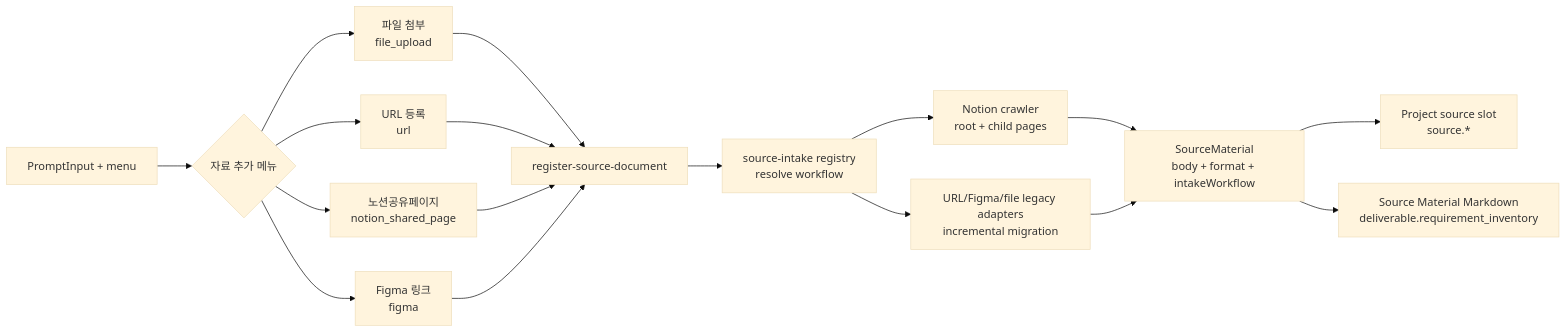
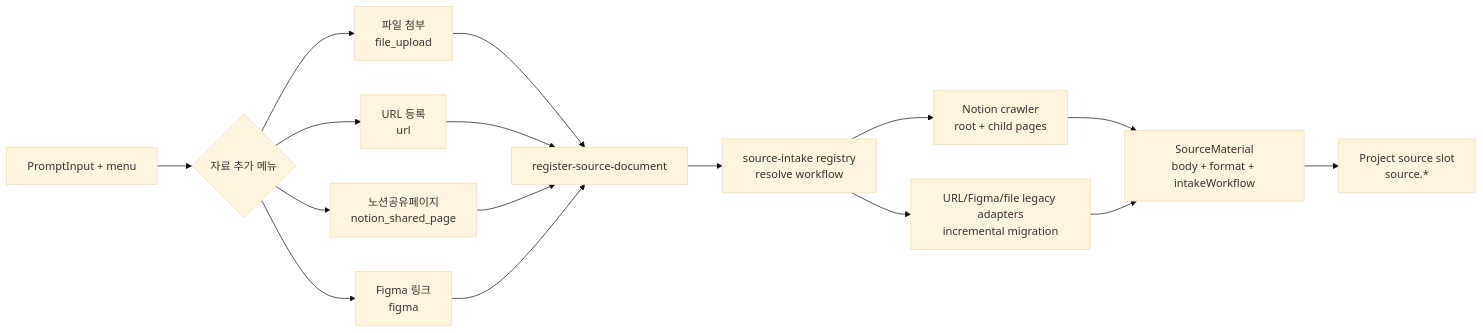
One commit to BBrightcode-atlas/company-os-v2 changed the third of 7 diagrams in bbr-plugins/builder/README.md. Above: the diagram before and after it, drawn with Mermaid (base theme). The commit also changed other lines of this file and 9 other files, not shown here.

Commit message:
refactor(builder): remove requirement inventory deliverable

````diff
--- a/bbr-plugins/builder/README.md
+++ b/bbr-plugins/builder/README.md
@@ -119,15 +116,14 @@
 ```mermaid
 flowchart LR
   UI["PromptInput + menu"] --> M{"자료 추가 메뉴"}
   M --> F["파일 첨부<br/>file_upload"]
   M --> U["URL 등록<br/>url"]
   M --> N["노션공유페이지<br/>notion_shared_page"]
   M --> G["Figma 링크<br/>figma"]
   F & U & N & G --> R["register-source-document"]
   R --> W["source-intake registry<br/>resolve workflow"]
   W --> NF["Notion crawler<br/>root + child pages"]
   W --> UF["URL/Figma/file legacy adapters<br/>incremental migration"]
   NF & UF --> S["SourceMaterial<br/>body + format + intakeWorkflow"]
   S --> DS["Project source slot<br/>source.*"]
-  S --> SM["Source Material Markdown<br/>deliverable.requirement_inventory"]
 ```
````
